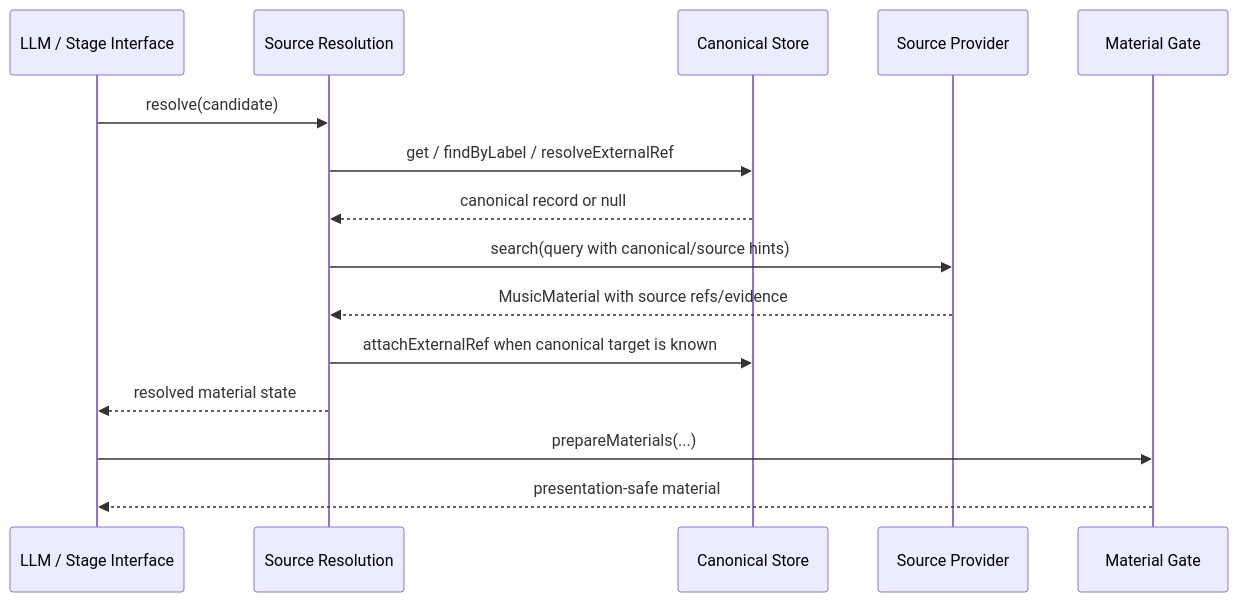
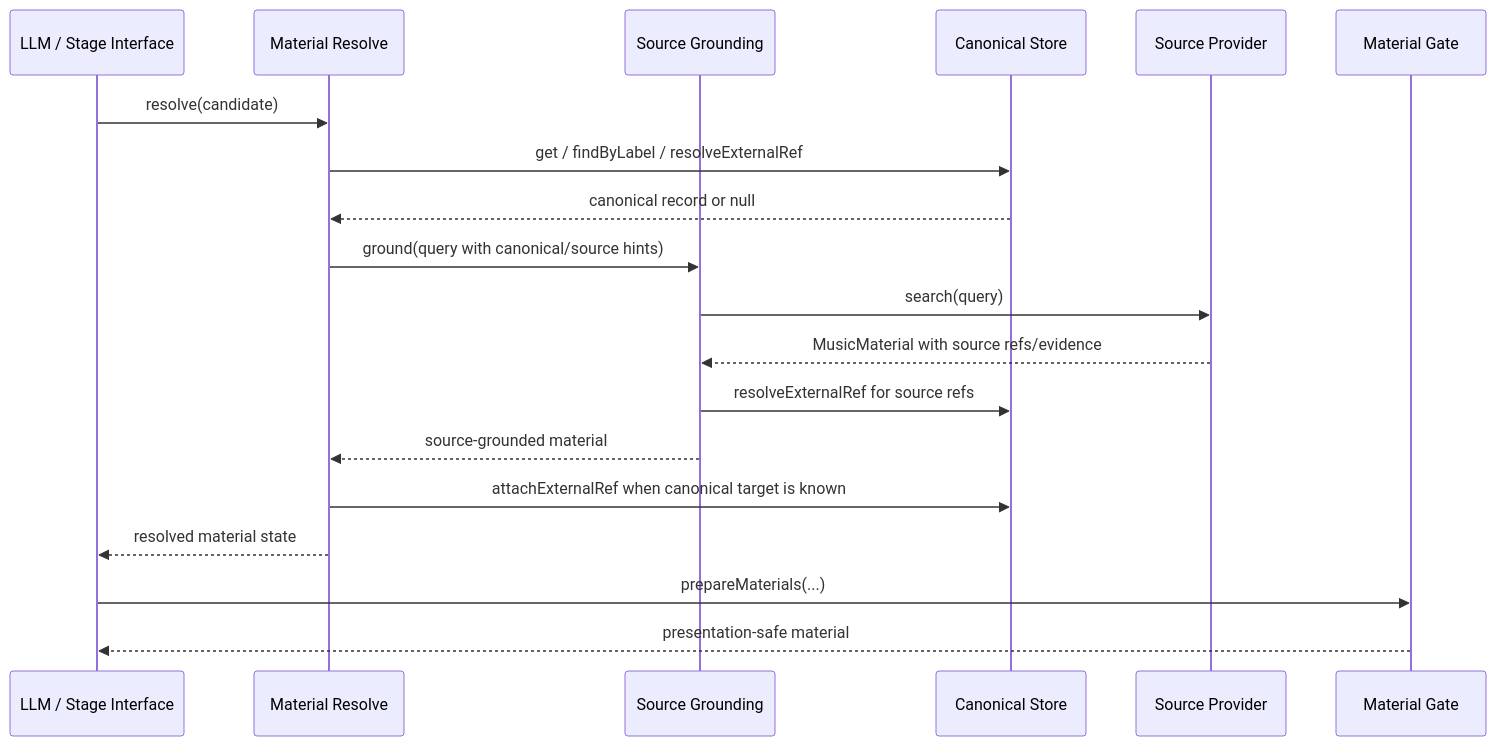
One commit to Odefined/MineMusic changed the second of 2 diagrams in docs/canonical-store/design.md. Above: the diagram before and after it, drawn with Mermaid. The commit also changed other lines of this file and 33 other files, not shown here.

Commit message:
Split material resolve from source grounding

````diff
--- a/docs/canonical-store/design.md
+++ b/docs/canonical-store/design.md
@@ -140,18 +143,22 @@
 ```mermaid
 sequenceDiagram
     participant LLM as LLM / Stage Interface
-    participant Source as Source Resolution
+    participant Resolve as Material Resolve
+    participant Grounding as Source Grounding
     participant Canonical as Canonical Store
     participant Provider as Source Provider
     participant Gate as Material Gate
 
-    LLM->>Source: resolve(candidate)
-    Source->>Canonical: get / findByLabel / resolveExternalRef
-    Canonical-->>Source: canonical record or null
-    Source->>Provider: search(query with canonical/source hints)
-    Provider-->>Source: MusicMaterial with source refs/evidence
-    Source->>Canonical: attachExternalRef when canonical target is known
-    Source-->>LLM: resolved material state
+    LLM->>Resolve: resolve(candidate)
+    Resolve->>Canonical: get / findByLabel / resolveExternalRef
+    Canonical-->>Resolve: canonical record or null
+    Resolve->>Grounding: ground(query with canonical/source hints)
+    Grounding->>Provider: search(query)
+    Provider-->>Grounding: MusicMaterial with source refs/evidence
+    Grounding->>Canonical: resolveExternalRef for source refs
+    Grounding-->>Resolve: source-grounded material
+    Resolve->>Canonical: attachExternalRef when canonical target is known
+    Resolve-->>LLM: resolved material state
     LLM->>Gate: prepareMaterials(...)
     Gate-->>LLM: presentation-safe material
 ```
````
